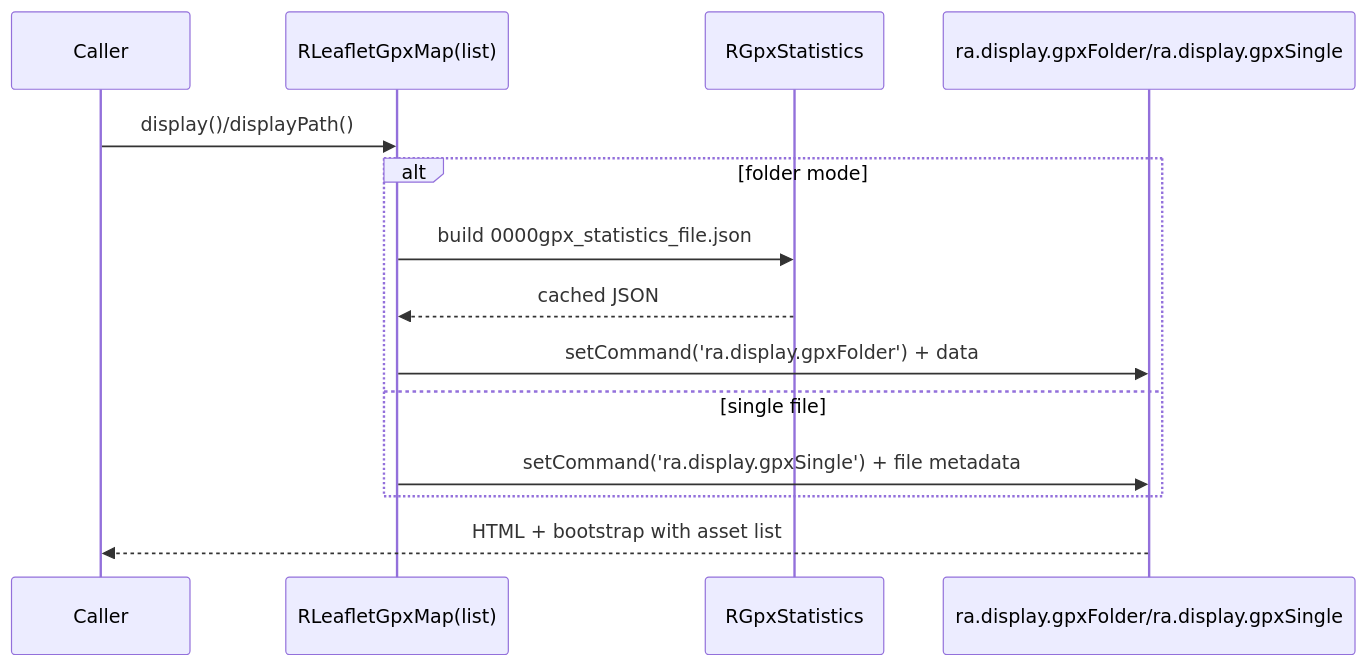
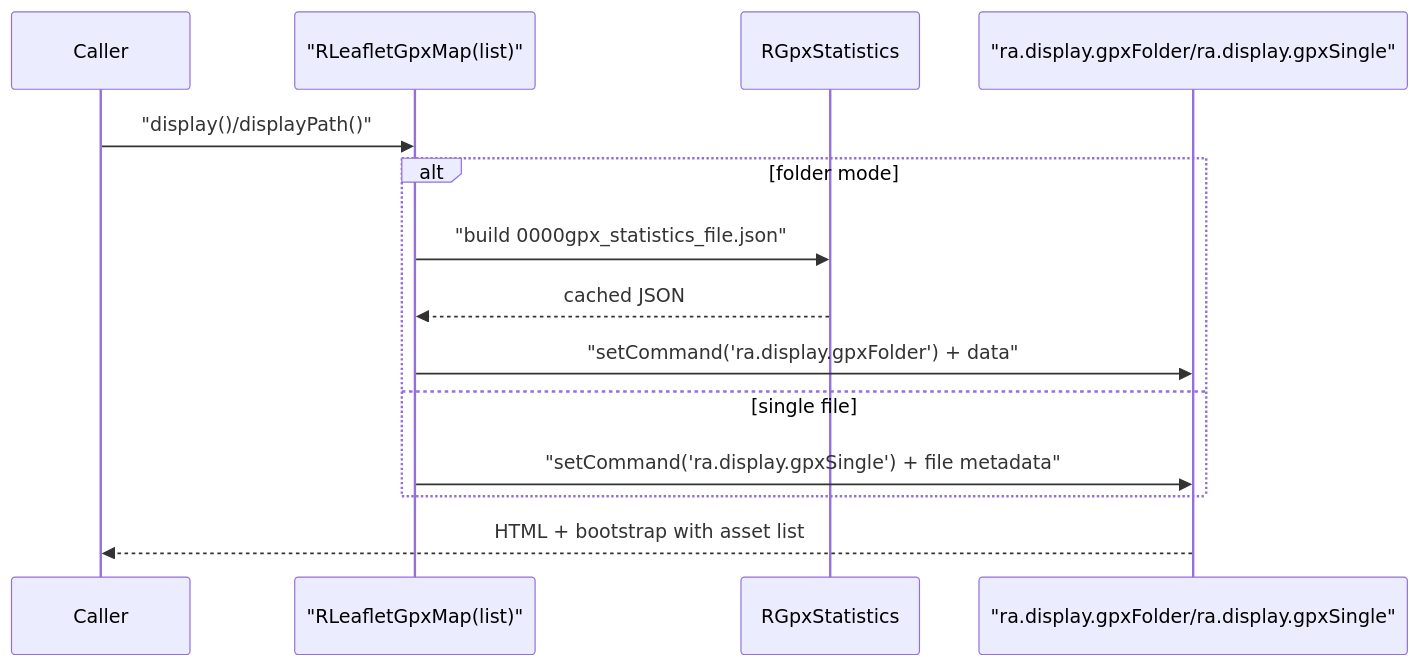
One commit to pauljrhodes/ramblers-library changed the second of 3 diagrams in leaflet/gpx/HLD.md. Above: the diagram before and after it, drawn with Mermaid. The commit also changed other lines of this file and 33 other files, not shown here.

Commit message:
Normalize Mermaid diagrams for GitHub rendering

````diff
--- a/leaflet/gpx/HLD.md
+++ b/leaflet/gpx/HLD.md
@@ -74,17 +74,17 @@
 ```mermaid
 sequenceDiagram
     participant Caller
-    participant Map as RLeafletGpxMap(list)
+    participant Map as "RLeafletGpxMap(list)"
     participant Stats as RGpxStatistics
-    participant Media as ra.display.gpxFolder/ra.display.gpxSingle
+    participant Media as "ra.display.gpxFolder/ra.display.gpxSingle"
 
-    Caller->>Map: display()/displayPath()
+    Caller->>Map: "display()/displayPath()"
     alt folder mode
-        Map->>Stats: build 0000gpx_statistics_file.json
+        Map->>Stats: "build 0000gpx_statistics_file.json"
         Stats-->>Map: cached JSON
-        Map->>Media: setCommand('ra.display.gpxFolder') + data
+        Map->>Media: "setCommand('ra.display.gpxFolder') + data"
     else single file
-        Map->>Media: setCommand('ra.display.gpxSingle') + file metadata
+        Map->>Media: "setCommand('ra.display.gpxSingle') + file metadata"
     end
     Media-->>Caller: HTML + bootstrap with asset list
 ```
````
